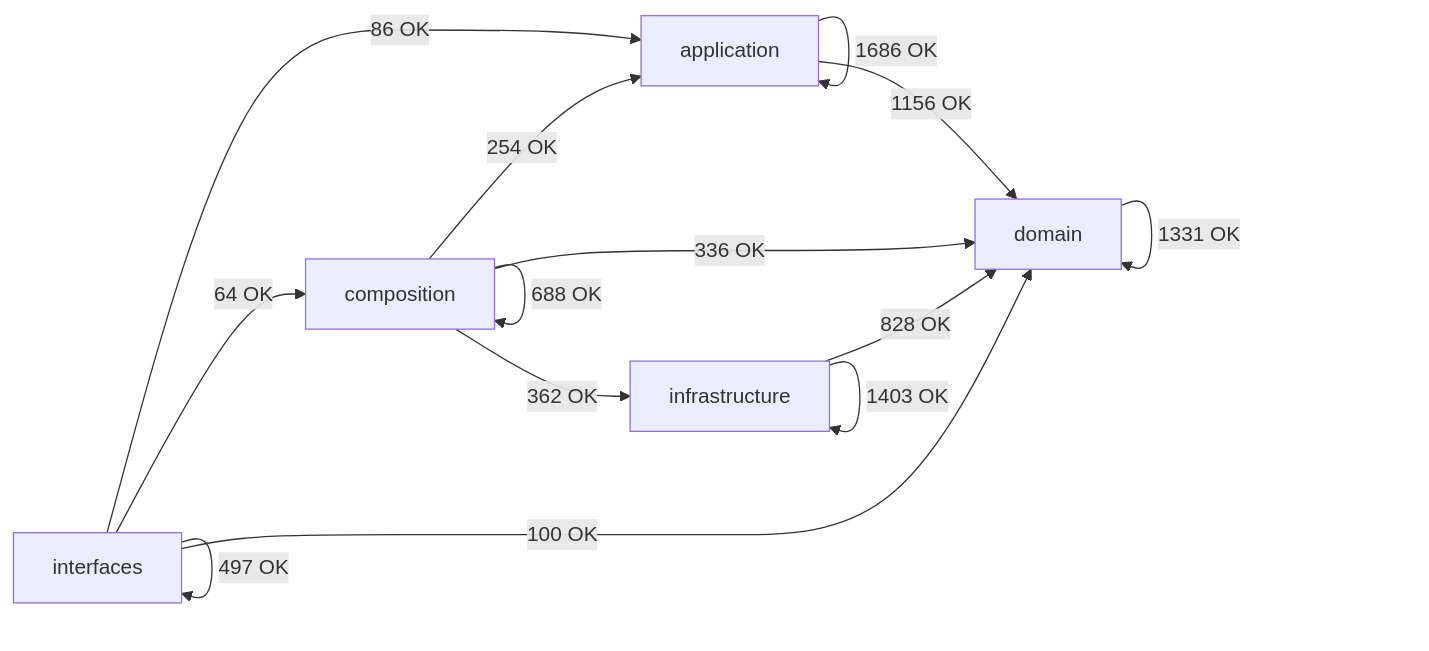
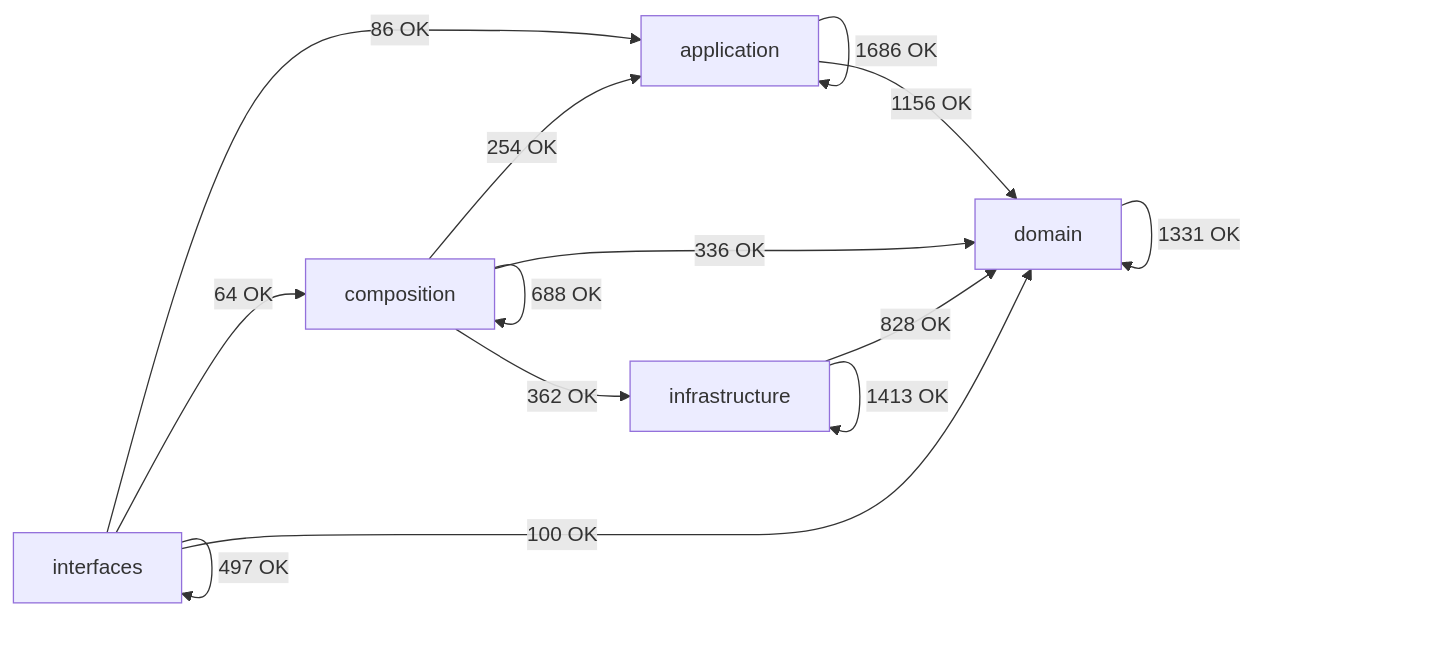
Before and after one commit to SatoryKono/BioactivityDataAcquisition: the diagram in docs/02-architecture/generated/module-dependency-map.md, drawn with Mermaid. The commit also changed other lines of this file and 1 other file, not shown here.

````diff
--- a/docs/02-architecture/generated/module-dependency-map.md
+++ b/docs/02-architecture/generated/module-dependency-map.md
@@ -17,21 +17,21 @@
 ```mermaid
 flowchart LR
     domain[domain]
     application[application]
     infrastructure[infrastructure]
     composition[composition]
     interfaces[interfaces]
     application -->|1686 OK| application
     application -->|1156 OK| domain
     composition -->|254 OK| application
     composition -->|688 OK| composition
     composition -->|336 OK| domain
     composition -->|362 OK| infrastructure
     domain -->|1331 OK| domain
     infrastructure -->|828 OK| domain
-    infrastructure -->|1403 OK| infrastructure
+    infrastructure -->|1413 OK| infrastructure
     interfaces -->|86 OK| application
     interfaces -->|64 OK| composition
     interfaces -->|100 OK| domain
     interfaces -->|497 OK| interfaces
 ```
````
